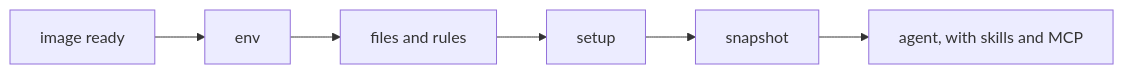
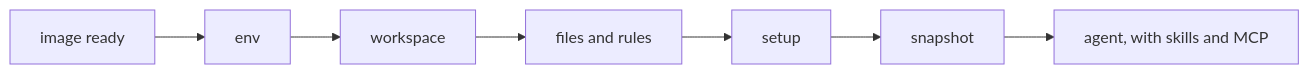
The diagram in docs/guide/environments.mdx (invertase/reeval), drawn with Mermaid before and after one commit. The commit also changed other lines of this file and 10 other files, not shown here.

````diff
--- a/docs/guide/environments.mdx
+++ b/docs/guide/environments.mdx
@@ -99,4 +112,4 @@
 ```mermaid
 flowchart LR
-  I[image ready] --> V[env] --> F[files and rules] --> S[setup] --> N[snapshot] --> A["agent, with skills and MCP"]
+  I[image ready] --> V[env] --> W[workspace] --> F[files and rules] --> S[setup] --> N[snapshot] --> A["agent, with skills and MCP"]
 ```
````
